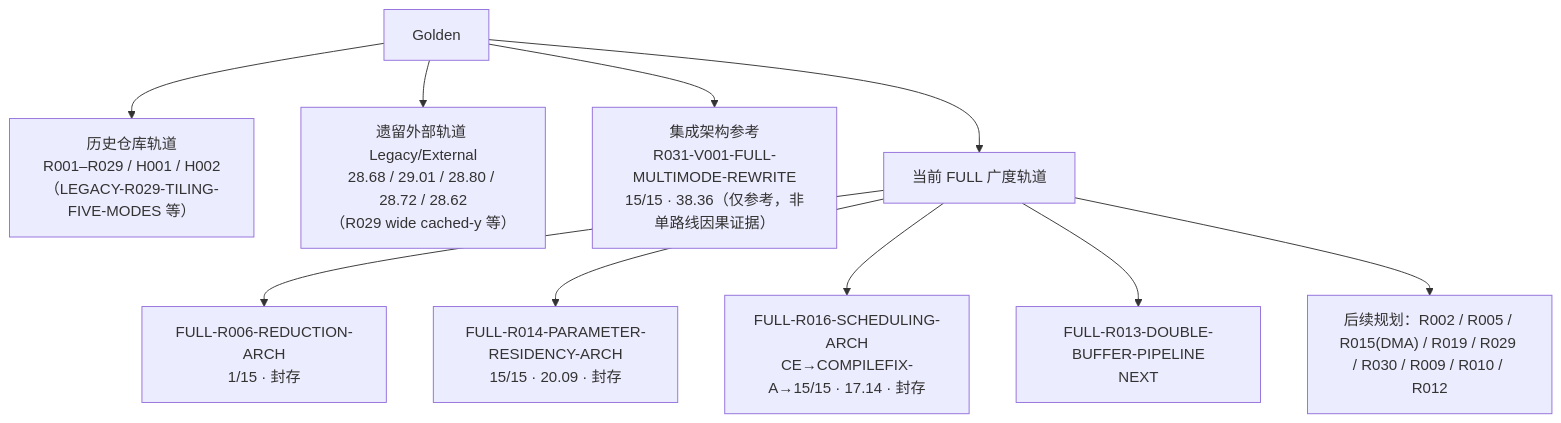
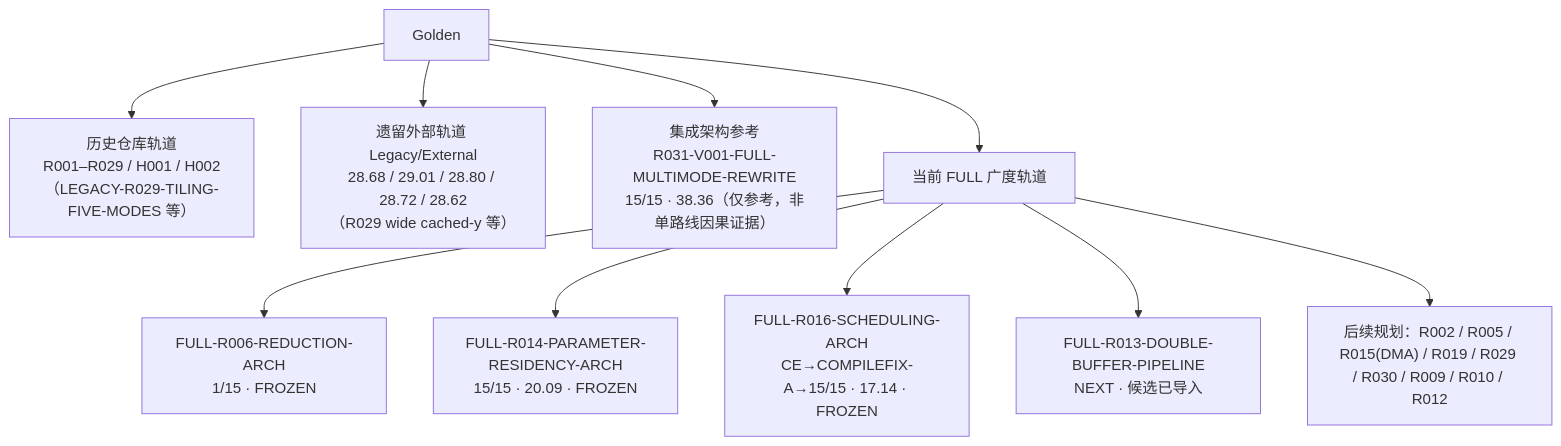
One commit to sxyq/CANN changed the diagram in 文档/当前状态.md. Above: the diagram before and after it, drawn with Mermaid. The commit also changed other lines of this file and 29 other files, not shown here.

````diff
--- a/文档/当前状态.md
+++ b/文档/当前状态.md
@@ -56,13 +56,13 @@
 ```mermaid
 flowchart TD
     G["Golden"]
     G --> H["历史仓库轨道<br/>R001–R029 / H001 / H002<br/>（LEGACY-R029-TILING-FIVE-MODES 等）"]
     G --> L["遗留外部轨道 Legacy/External<br/>28.68 / 29.01 / 28.80 / 28.72 / 28.62<br/>（R029 wide cached-y 等）"]
     G --> R["集成架构参考<br/>R031-V001-FULL-MULTIMODE-REWRITE<br/>15/15 · 38.36（仅参考，非单路线因果证据）"]
     G --> F["当前 FULL 广度轨道"]
-    F --> F6["FULL-R006-REDUCTION-ARCH<br/>1/15 · 封存"]
-    F --> F14["FULL-R014-PARAMETER-RESIDENCY-ARCH<br/>15/15 · 20.09 · 封存"]
-    F --> F16["FULL-R016-SCHEDULING-ARCH<br/>CE→COMPILEFIX-A→15/15 · 17.14 · 封存"]
-    F --> F13["FULL-R013-DOUBLE-BUFFER-PIPELINE<br/>NEXT"]
+    F --> F6["FULL-R006-REDUCTION-ARCH<br/>1/15 · FROZEN"]
+    F --> F14["FULL-R014-PARAMETER-RESIDENCY-ARCH<br/>15/15 · 20.09 · FROZEN"]
+    F --> F16["FULL-R016-SCHEDULING-ARCH<br/>CE→COMPILEFIX-A→15/15 · 17.14 · FROZEN"]
+    F --> F13["FULL-R013-DOUBLE-BUFFER-PIPELINE<br/>NEXT · 候选已导入"]
     F --> FP["后续规划：R002 / R005 / R015(DMA) / R019 / R029 / R030 / R009 / R010 / R012"]
 ```
````
